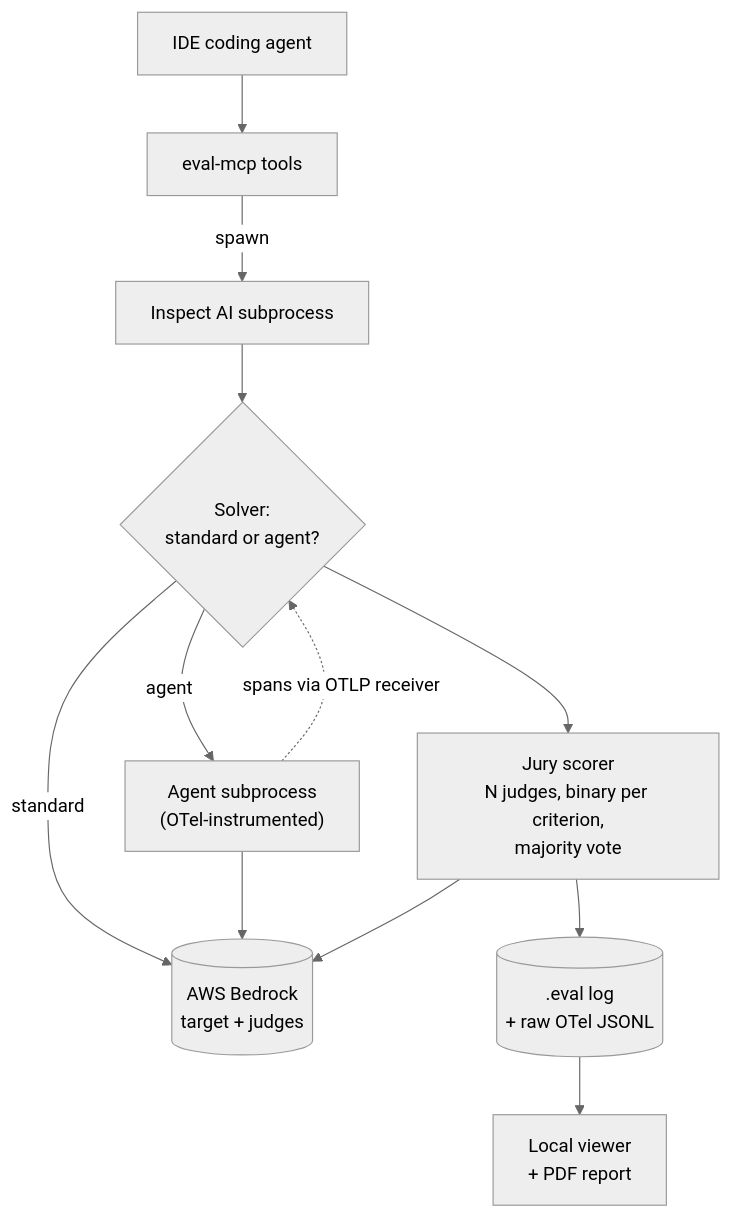
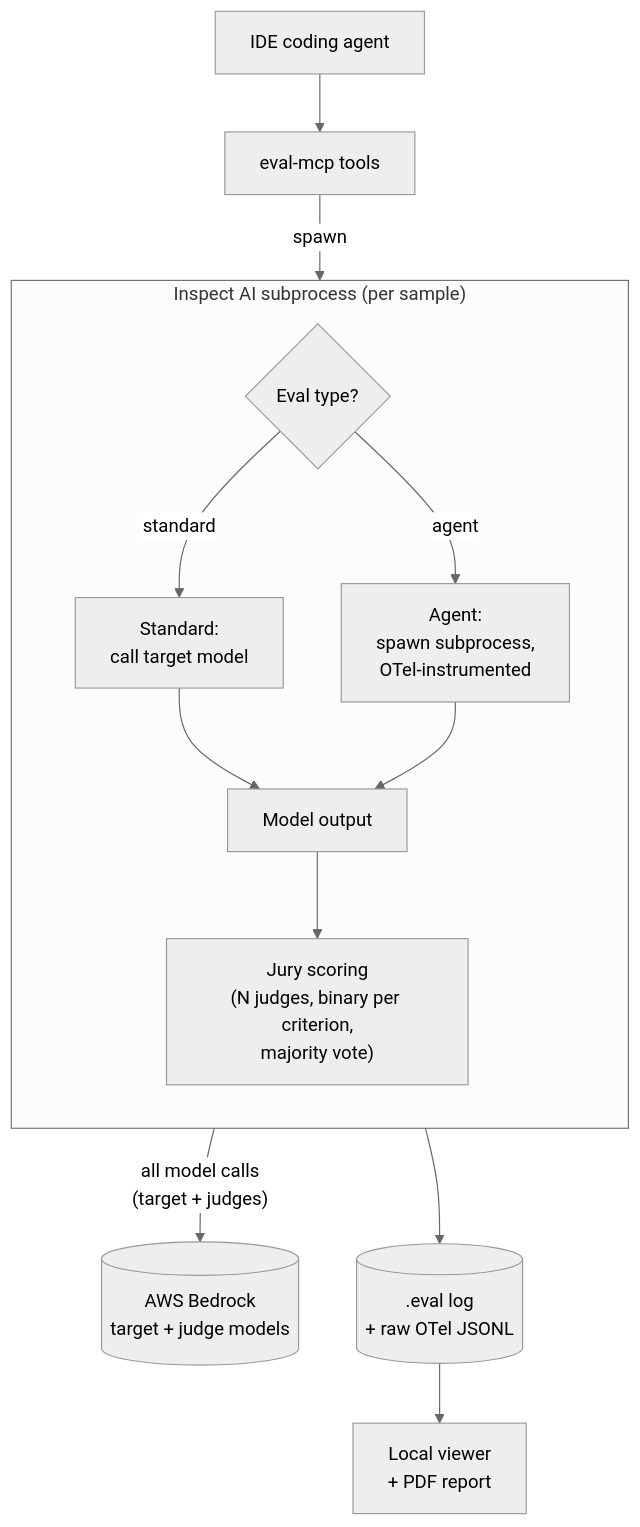
One commit to awslabs/llm-evaluation-system changed the first of 3 diagrams in ARCHITECTURE.md. Above: the diagram before and after it, drawn with Mermaid (neutral theme). The commit also changed other lines of this file, not shown here.

First line of the commit message:
docs(architecture): apply mermaid best practices for clarity

````diff
--- a/ARCHITECTURE.md
+++ b/ARCHITECTURE.md
@@ -15,14 +15,33 @@
 ```mermaid
 flowchart TB
-    IDE["IDE coding agent"] --> Tools["eval-mcp tools"]
-    Tools -->|"spawn"| Inspect["Inspect AI subprocess"]
-    Inspect --> Solver{"Solver:<br/>standard or agent?"}
-    Solver -->|"standard"| Bedrock[("AWS Bedrock<br/>target + judges")]
-    Solver -->|"agent"| Agent["Agent subprocess<br/>(OTel-instrumented)"]
-    Agent --> Bedrock
-    Agent -.->|"spans via OTLP receiver"| Solver
-    Solver --> Scorer["Jury scorer<br/>N judges, binary per criterion,<br/>majority vote"]
-    Scorer --> Bedrock
-    Scorer --> Log[(".eval log<br/>+ raw OTel JSONL")]
-    Log --> Viewer["Local viewer<br/>+ PDF report"]
+    %% Nodes
+    IDE["IDE coding agent"]
+    Tools["eval-mcp tools"]
+
+    subgraph Inspect["Inspect AI subprocess (per sample)"]
+        direction TB
+        Fork{"Eval type?"}
+        Standard["Standard:<br/>call target model"]
+        Agent["Agent:<br/>spawn subprocess,<br/>OTel-instrumented"]
+        Output["Model output"]
+        Jury["Jury scoring<br/>(N judges, binary per criterion,<br/>majority vote)"]
+    end
+
+    Bedrock[("AWS Bedrock<br/>target + judge models")]
+    Log[(".eval log<br/>+ raw OTel JSONL")]
+    Viewer["Local viewer<br/>+ PDF report"]
+
+    %% Flow
+    IDE --> Tools
+    Tools -->|"spawn"| Inspect
+
+    Fork -->|"standard"| Standard
+    Fork -->|"agent"| Agent
+    Standard --> Output
+    Agent --> Output
+    Output --> Jury
+
+    Inspect -->|"all model calls<br/>(target + judges)"| Bedrock
+    Inspect --> Log
+    Log --> Viewer
 ```
````
